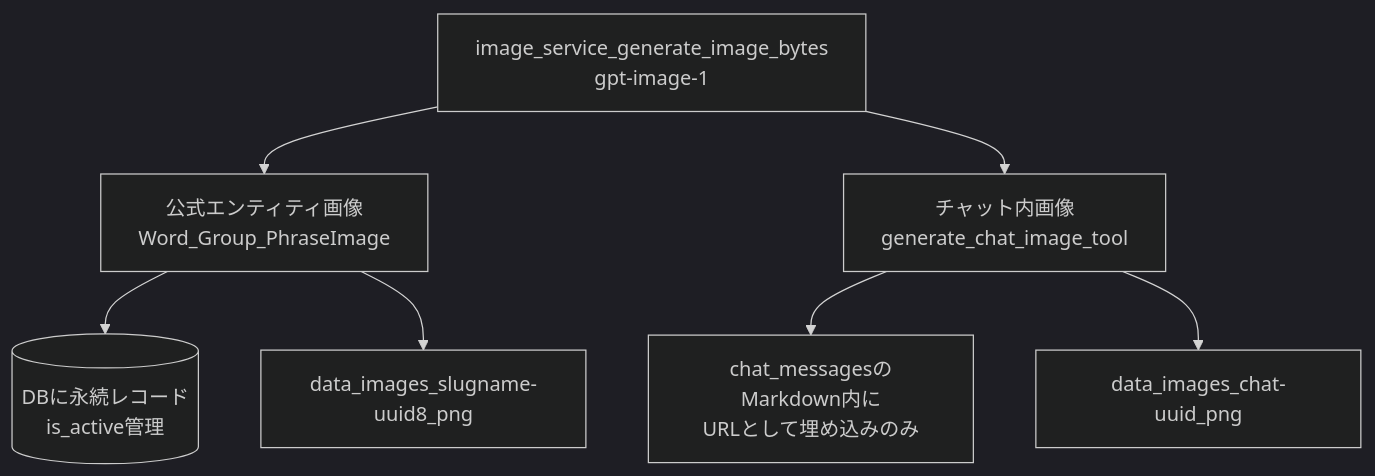
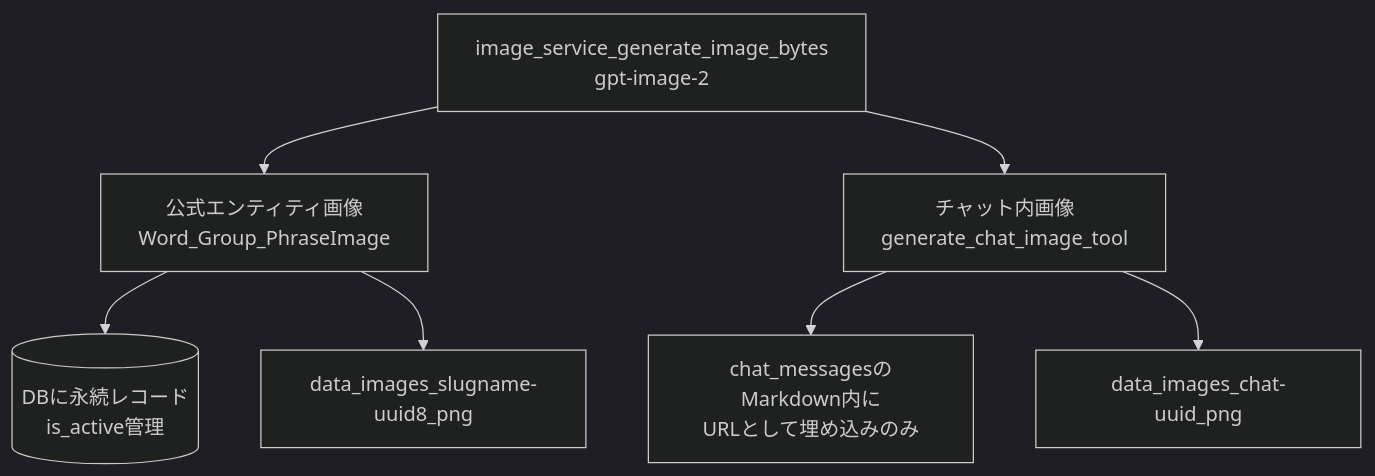
The diagram in design_doc/features/07_image_generation.md (L40S38/English-net-dict), drawn with Mermaid (dark theme) before and after one commit. The commit also changed other lines of this file and 8 other files, not shown here.

````diff
--- a/design_doc/features/07_image_generation.md
+++ b/design_doc/features/07_image_generation.md
@@ -7,10 +7,10 @@
 ```mermaid
 flowchart TD
-    Shared[image_service_generate_image_bytes\ngpt-image-1]
+    Shared[image_service_generate_image_bytes\ngpt-image-2]
     Shared --> Official[公式エンティティ画像\nWord_Group_PhraseImage]
     Shared --> ChatImg[チャット内画像\ngenerate_chat_image_tool]
     Official --> DB1[(DBに永続レコード\nis_active管理)]
     Official --> Files1[data_images_slugname-uuid8_png]
     ChatImg --> Msg[chat_messagesのMarkdown内に\nURLとして埋め込みのみ]
     ChatImg --> Files2[data_images_chat-uuid_png]
 ```
````
